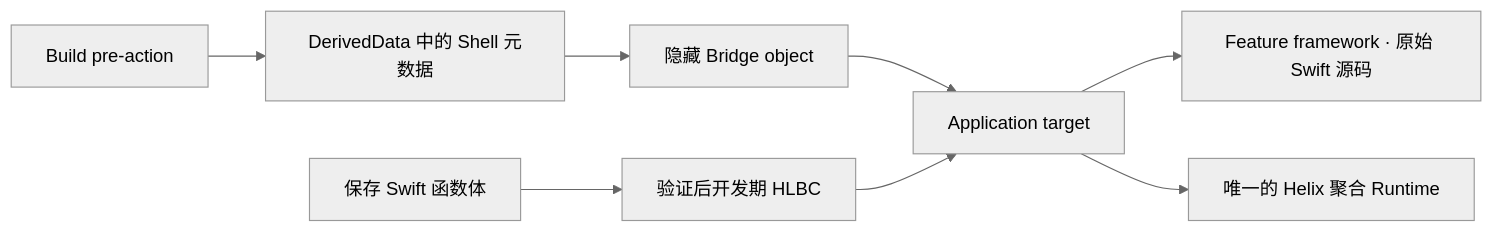
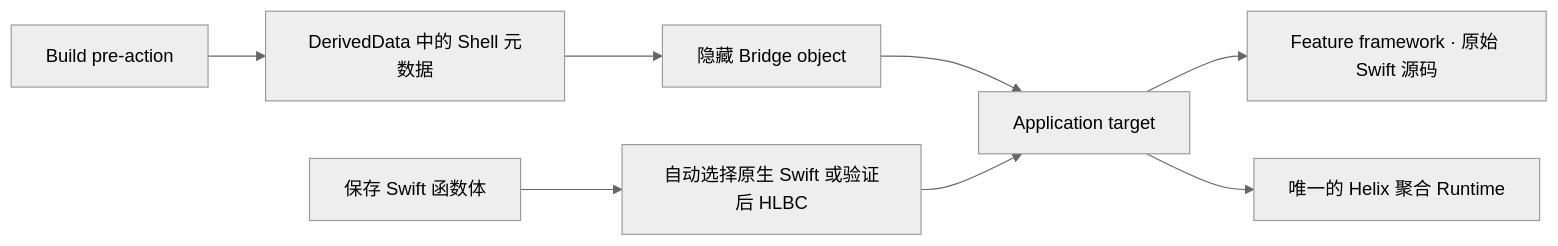
One commit to TangentW/Helix changed the diagram in Docs/Getting-Started.zh-CN.md. Above: the diagram before and after it, drawn with Mermaid (neutral theme). The commit also changed other lines of this file and 16 other files, not shown here.

````diff
--- a/Docs/Getting-Started.zh-CN.md
+++ b/Docs/Getting-Started.zh-CN.md
@@ -20,10 +20,10 @@
 ```mermaid
 flowchart LR
     A["Application target"] --> F["Feature framework · 原始 Swift 源码"]
     A --> R["唯一的 Helix 聚合 Runtime"]
     P["Build pre-action"] --> S["DerivedData 中的 Shell 元数据"]
     S --> H["隐藏 Bridge object"]
     H --> A
-    D["保存 Swift 函数体"] --> N["验证后开发期 HLBC"]
+    D["保存 Swift 函数体"] --> N["自动选择原生 Swift 或验证后 HLBC"]
     N --> A
 ```
````
